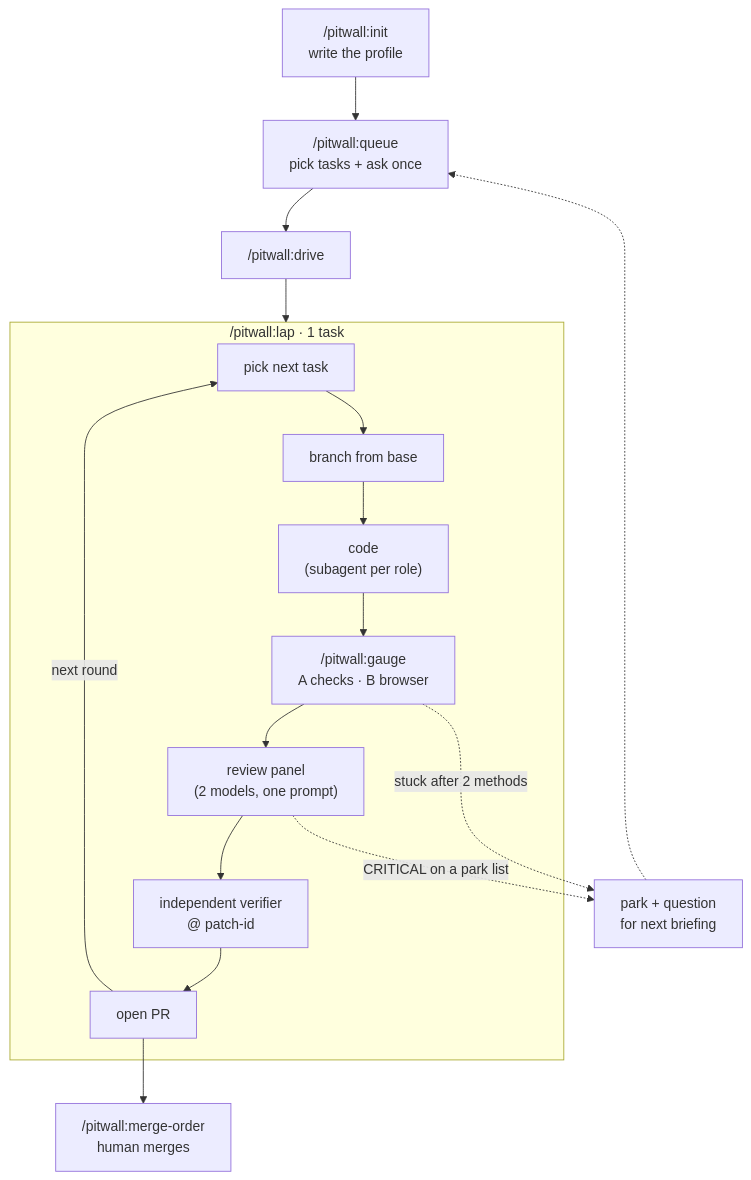
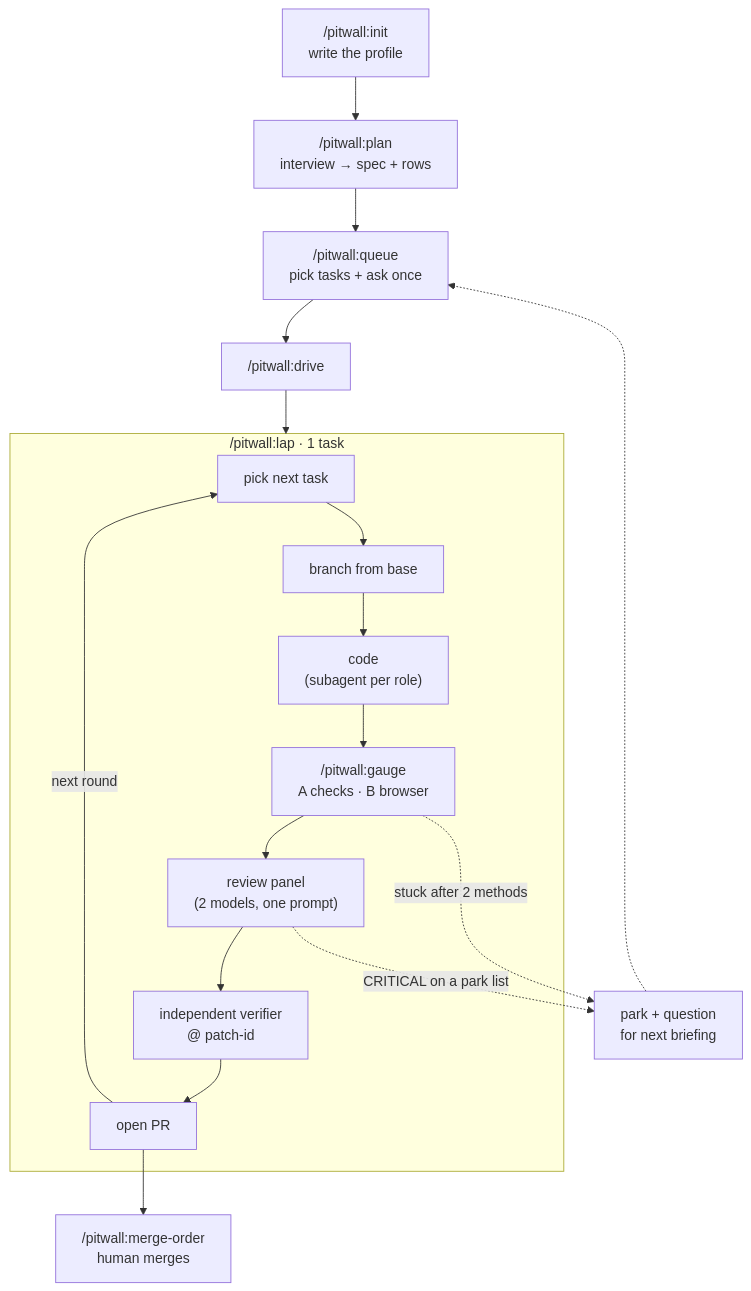
One commit to aontwit/pitwall changed the diagram in README.md. Above: the diagram before and after it, drawn with Mermaid. The commit also changed other lines of this file and 11 other files, not shown here.

First line of the commit message:
feat(plan): add an interview playbook for the front of the loop

````diff
--- a/README.md
+++ b/README.md
@@ -26,21 +26,22 @@
 ```mermaid
 flowchart TD
-    init["/pitwall:init<br/>write the profile"] --> queue["/pitwall:queue<br/>pick tasks + ask once"]
+    init["/pitwall:init<br/>write the profile"] --> plan["/pitwall:plan<br/>interview → spec + rows"]
+    plan --> queue["/pitwall:queue<br/>pick tasks + ask once"]
     queue --> drive["/pitwall:drive"]
     drive --> lap
 
     subgraph lap ["/pitwall:lap · 1 task"]
         pick["pick next task"] --> branch["branch from base"]
         branch --> code["code<br/>(subagent per role)"]
         code --> gauge["/pitwall:gauge<br/>A checks · B browser"]
         gauge --> review["review panel<br/>(2 models, one prompt)"]
         review --> verify["independent verifier<br/>@ patch-id"]
         verify --> pr["open PR"]
     end
 
     pr -->|next round| pick
     gauge -.->|stuck after 2 methods| park["park + question<br/>for next briefing"]
     review -.->|CRITICAL on a park list| park
     park -.-> queue
     pr --> merge["/pitwall:merge-order<br/>human merges"]
 ```
````
